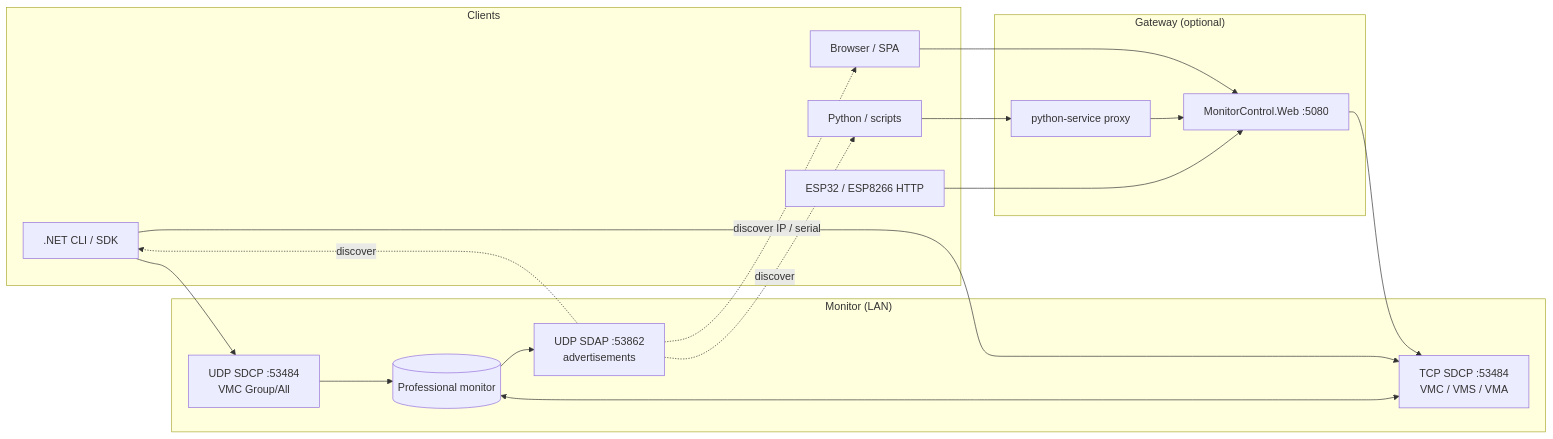
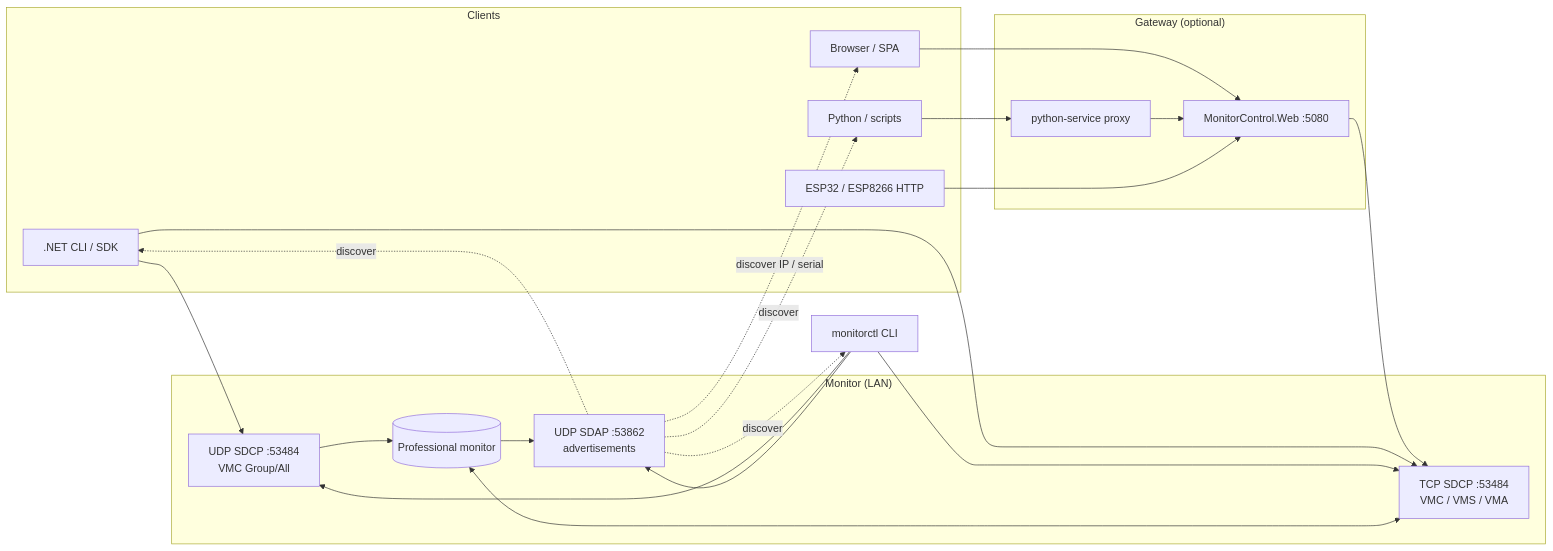
One commit to andrew867/MonitorControlSDK changed the first of 9 diagrams in docs/diagrams/monitor-control-flows.md. Above: the diagram before and after it, drawn with Mermaid. The commit also changed other lines of this file and 21 other files, not shown here.

First line of the commit message:
docs: handbook, diagrams, committed OpenAPI; release v0.3.0

````diff
--- a/docs/diagrams/monitor-control-flows.md
+++ b/docs/diagrams/monitor-control-flows.md
@@ -9,37 +9,41 @@
 ```mermaid
 flowchart LR
   subgraph Clients
     Web[Browser / SPA]
     Py[Python / scripts]
     DotNet[.NET CLI / SDK]
     Mcu[ESP32 / ESP8266 HTTP]
   end
 
   subgraph Gateway_optional["Gateway (optional)"]
     WebApi["MonitorControl.Web :5080"]
     PyGw["python-service proxy"]
   end
 
   subgraph Monitor_LAN["Monitor (LAN)"]
     SDAP["UDP SDAP :53862<br/>advertisements"]
     SDCP["TCP SDCP :53484<br/>VMC / VMS / VMA"]
     SDCPu["UDP SDCP :53484<br/>VMC Group/All"]
     Mon[(Professional monitor)]
   end
 
   Web --> WebApi
   Py --> PyGw
   PyGw --> WebApi
   Mcu --> WebApi
 
   WebApi --> SDCP
   DotNet --> SDCP
   DotNet --> SDCPu
+  Cli[monitorctl CLI] --> SDCP
+  Cli --> SDCPu
+  Cli --> SDAP
 
   SDAP -.->|discover IP / serial| Web
   SDAP -.->|discover| Py
   SDAP -.->|discover| DotNet
+  SDAP -.->|discover| Cli
   Mon --> SDAP
   Mon <--> SDCP
   SDCPu --> Mon
 ```
````
